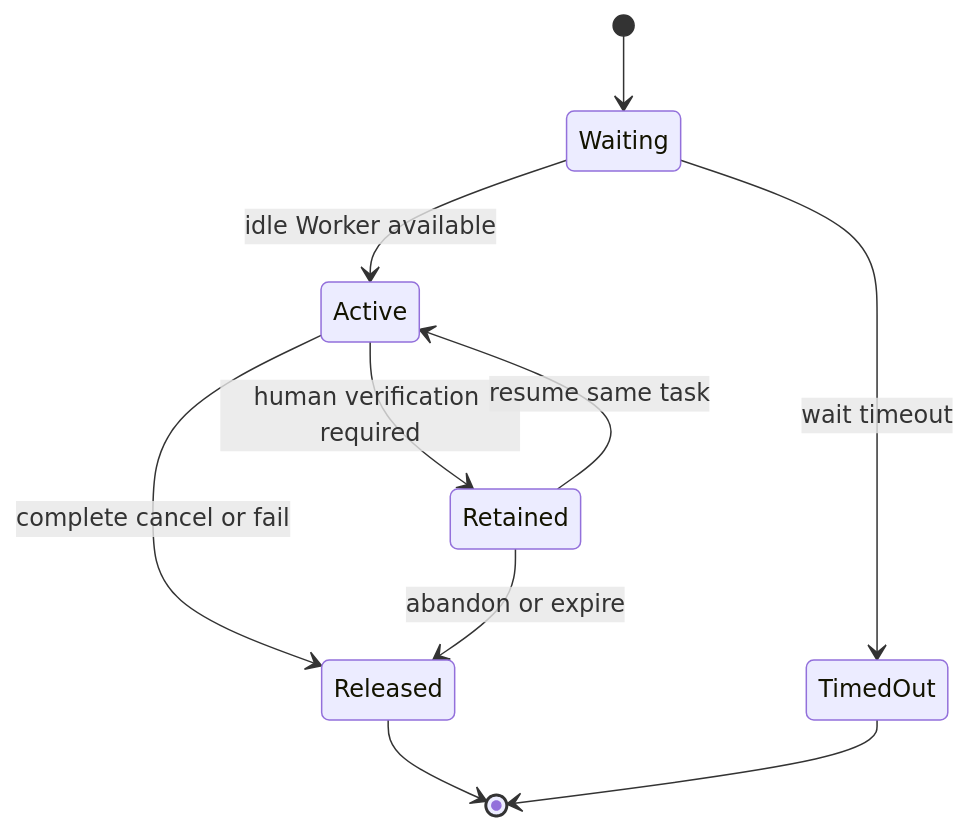
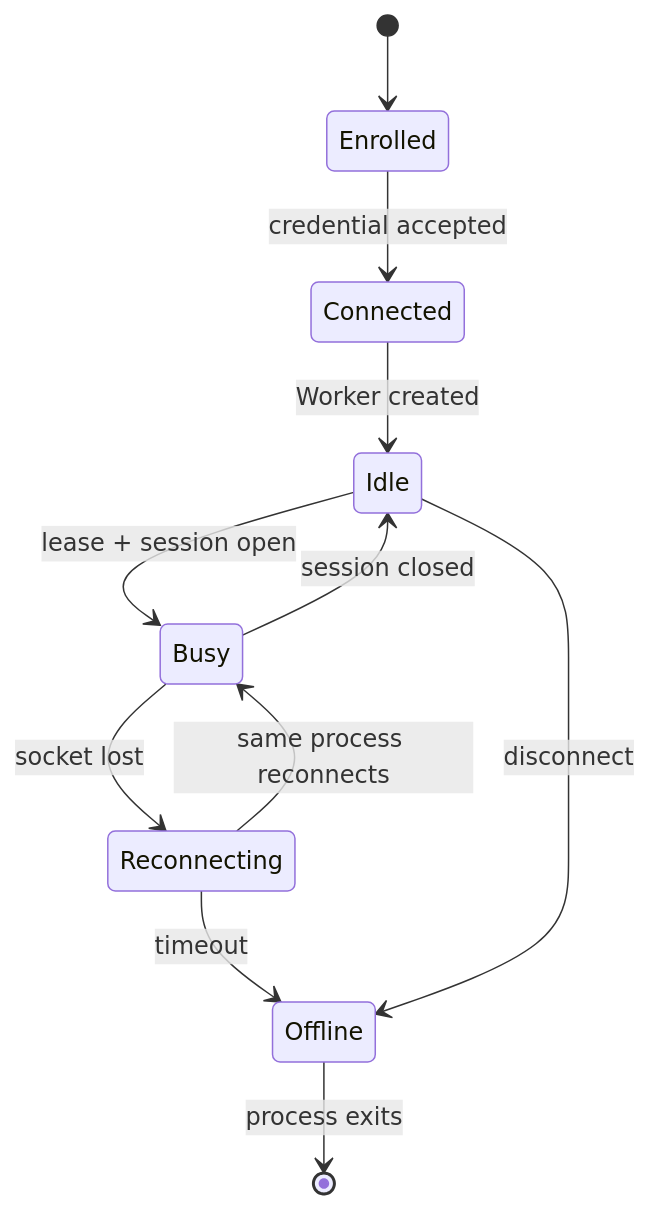
Before and after one commit to luberserker0v0/comic-crawler: the fourth of 5 diagrams in docs/development/SDD.md, drawn with Mermaid. The commit also changed other lines of this file and 163 other files, not shown here.

````diff
--- a/docs/development/SDD.md
+++ b/docs/development/SDD.md
@@ -195,12 +152,13 @@
 ```mermaid
 stateDiagram-v2
-  [*] --> Waiting
-  Waiting --> Active: idle Worker available
-  Waiting --> TimedOut: wait timeout
-  Active --> Retained: human verification required
-  Retained --> Active: resume same task
-  Active --> Released: complete cancel or fail
-  Retained --> Released: abandon or expire
-  Released --> [*]
-  TimedOut --> [*]
+  [*] --> Enrolled
+  Enrolled --> Connected: credential accepted
+  Connected --> Idle: Worker created
+  Idle --> Busy: lease + session open
+  Busy --> Reconnecting: socket lost
+  Reconnecting --> Busy: same process reconnects
+  Busy --> Idle: session closed
+  Reconnecting --> Offline: timeout
+  Idle --> Offline: disconnect
+  Offline --> [*]: process exits
 ```
````
